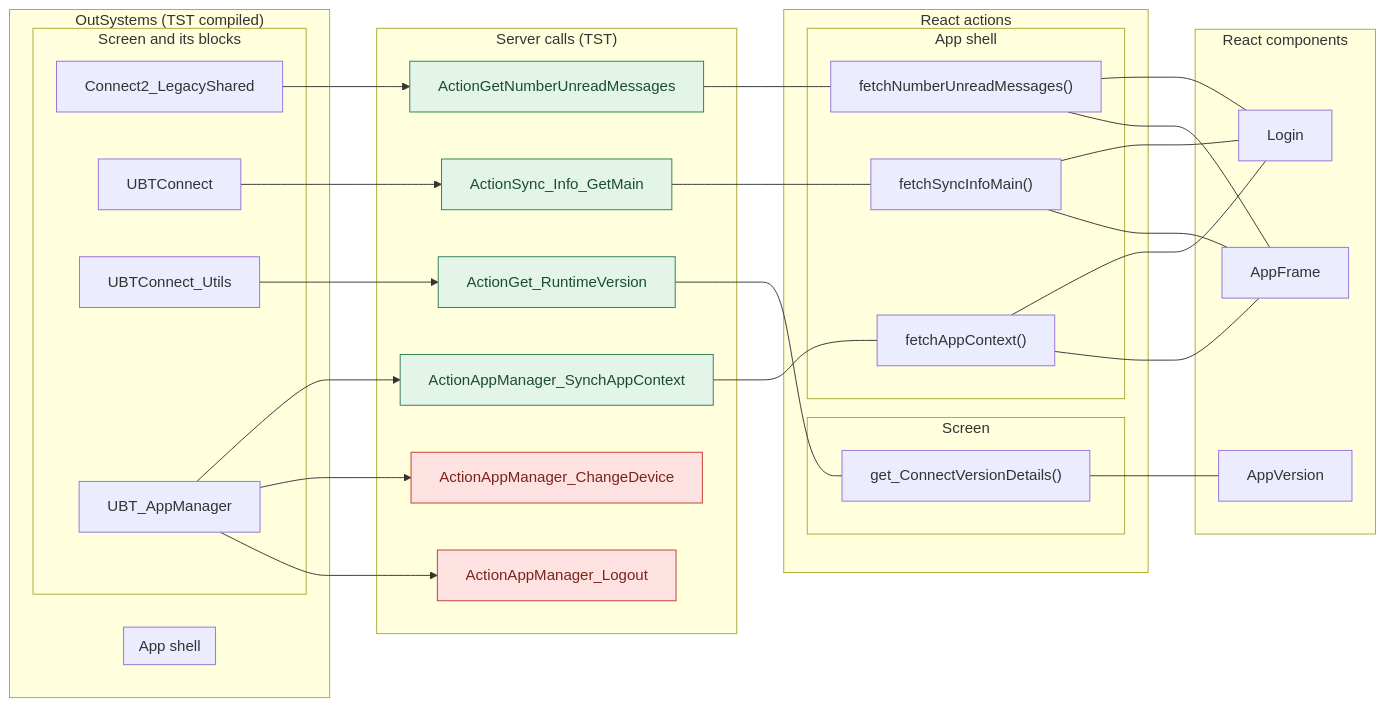
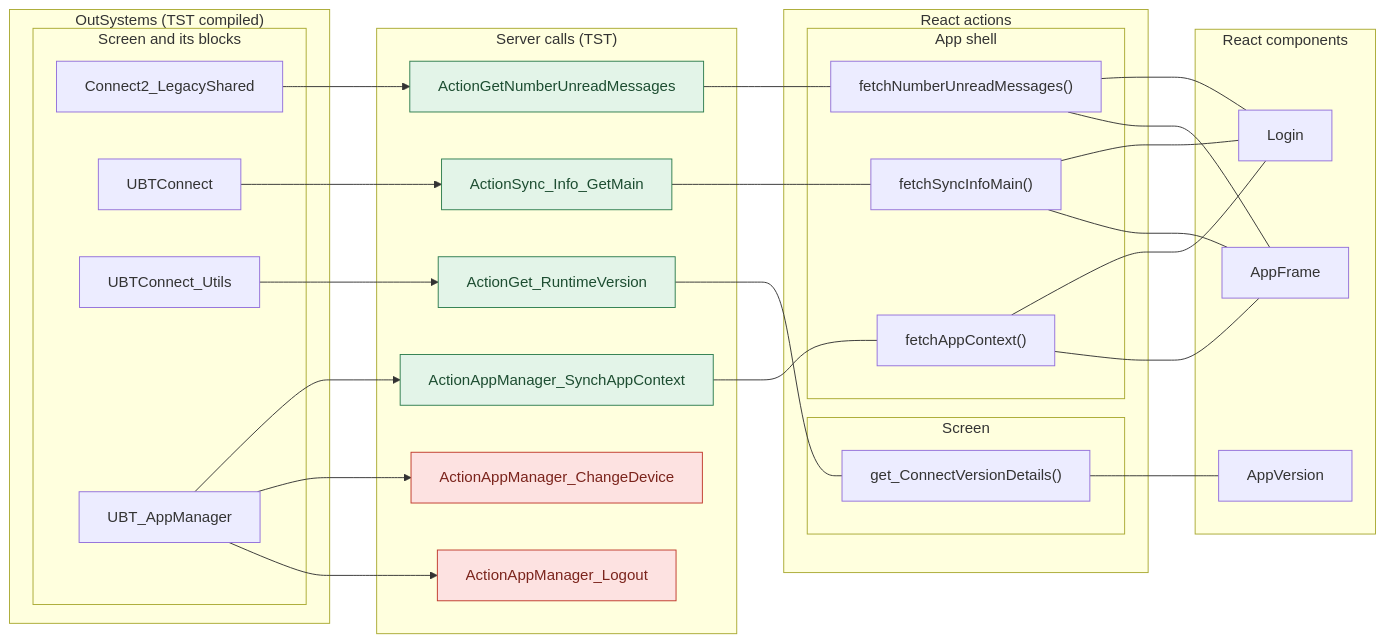
The first of 7 diagrams in route-actions/routes/Login.md (Phoenix-DX/connect-new-ui), drawn with Mermaid before and after one commit. The commit also changed 6 other files, not shown here.

Commit message:
route actions tool: no empty diagram or empty subgraphs (Mermaid wrapped their titles); APP_SHELL merges only the checked routes

````diff
--- a/route-actions/routes/Login.md
+++ b/route-actions/routes/Login.md
@@ -50,57 +50,55 @@
 ```mermaid
 flowchart LR
   subgraph OS["OutSystems (TST compiled)"]
-    subgraph OS_shell["App shell"]
-    end
     subgraph OS_screen["Screen and its blocks"]
       o0["Connect2_LegacyShared"]
       o1["UBTConnect"]
       o2["UBTConnect_Utils"]
       o3["UBT_AppManager"]
     end
   end
   subgraph EP["Server calls (TST)"]
     e4["ActionAppManager_SynchAppContext"]
     e5["ActionSync_Info_GetMain"]
     e6["ActionGet_RuntimeVersion"]
     e7["ActionAppManager_ChangeDevice"]
     e8["ActionAppManager_Logout"]
     e9["ActionGetNumberUnreadMessages"]
   end
   subgraph RE["React actions"]
     subgraph RE_shell["App shell"]
       r10["fetchAppContext()"]
       r11["fetchNumberUnreadMessages()"]
       r12["fetchSyncInfoMain()"]
     end
     subgraph RE_page["Screen"]
       r13["get_ConnectVersionDetails()"]
     end
   end
   subgraph RC["React components"]
     c14["AppFrame"]
     c15["AppVersion"]
     c16["Login"]
   end
   r10 --- c16
   r11 --- c16
   r12 --- c16
   r10 --- c14
   r11 --- c14
   r12 --- c14
   r13 --- c15
   o3 --> e4
   o3 --> e7
   o3 --> e8
   o1 --> e5
   o2 --> e6
   o0 --> e9
   e4 --- r10
   e5 --- r12
   e6 --- r13
   e9 --- r11
   classDef missing fill:#fde2e1,stroke:#c0392b,color:#7b241c
   classDef ok fill:#e3f4e8,stroke:#2e7d4f,color:#1d4d31
   class e7,e8 missing
   class e4,e5,e6,e9 ok
 ```
````
